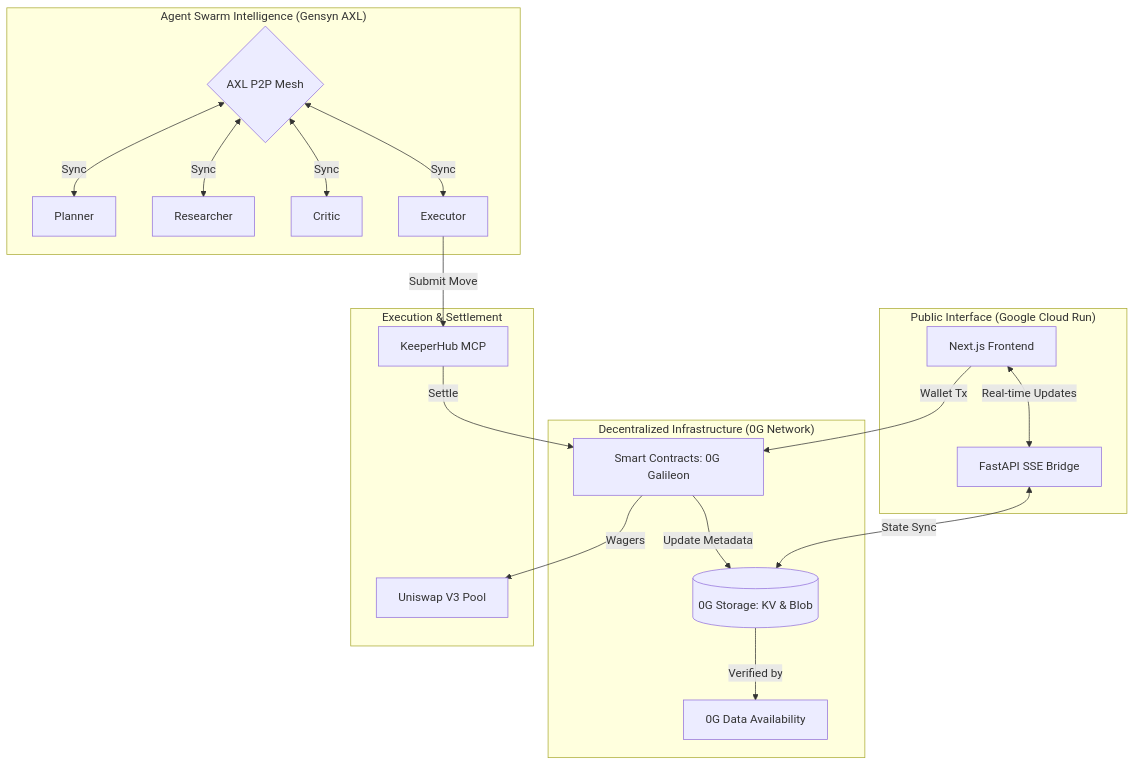
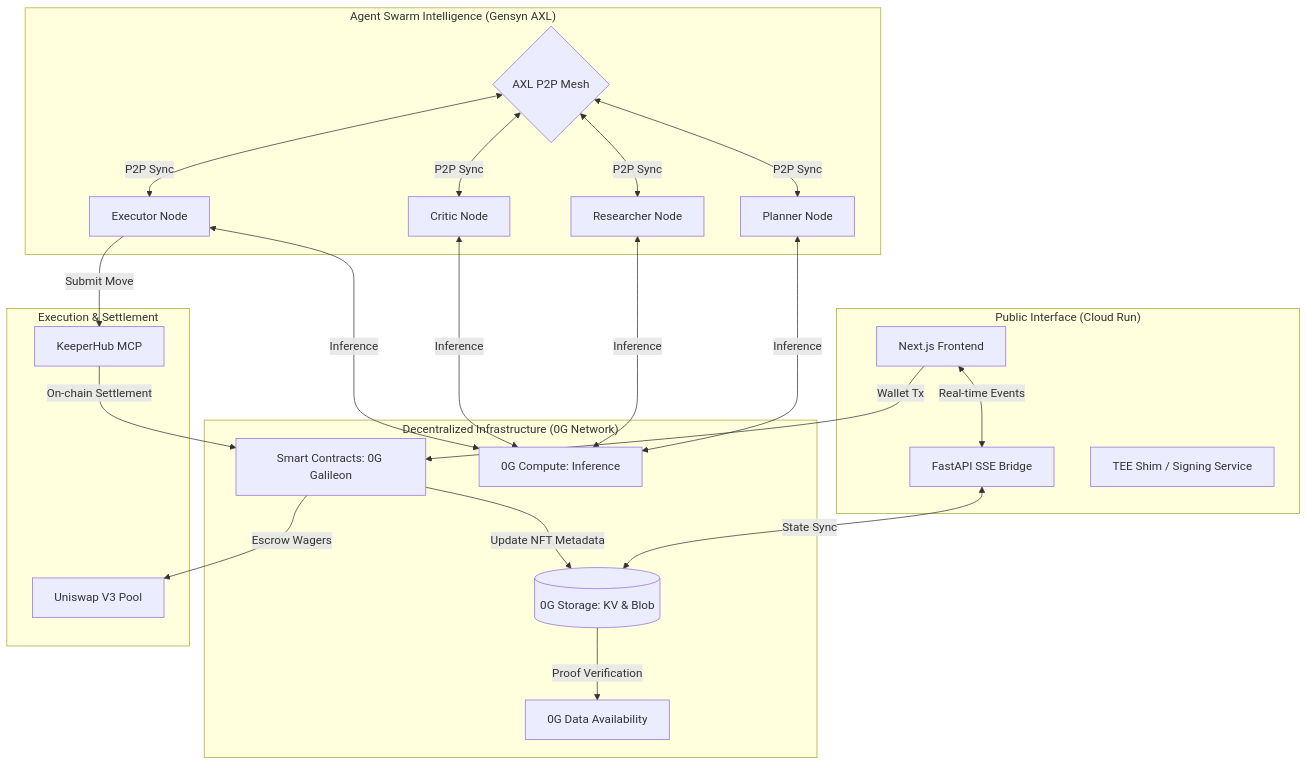
One commit to Shikhyy/Pantheon changed the first of 2 diagrams in README.md. Above: the diagram before and after it, drawn with Mermaid. The commit also changed other lines of this file, not shown here.

Commit message:
docs: significantly enhance README with architecture diagrams and ecosystem details

````diff
--- a/README.md
+++ b/README.md
@@ -31,37 +34,40 @@
 ```mermaid
 graph TB
-    subgraph "Public Interface (Google Cloud Run)"
+    subgraph "Public Interface (Cloud Run)"
         Web[Next.js Frontend]
         SSE[FastAPI SSE Bridge]
+        TEE[TEE Shim / Signing Service]
     end
 
     subgraph "Decentralized Infrastructure (0G Network)"
         SC[Smart Contracts: 0G Galileon]
         Storage[(0G Storage: KV & Blob)]
         DA[0G Data Availability]
+        Compute[0G Compute: Inference]
     end
 
     subgraph "Agent Swarm Intelligence (Gensyn AXL)"
-        P[Planner]
-        R[Researcher]
-        C[Critic]
-        E[Executor]
+        P[Planner Node]
+        R[Researcher Node]
+        C[Critic Node]
+        E[Executor Node]
         Mesh{AXL P2P Mesh}
     end
 
     subgraph "Execution & Settlement"
         KH[KeeperHub MCP]
         Uni[Uniswap V3 Pool]
     end
 
     %% Flow
-    Web <-->|Real-time Updates| SSE
+    Web <-->|Real-time Events| SSE
     Web -->|Wallet Tx| SC
     SSE <-->|State Sync| Storage
-    SC -->|Wagers| Uni
-    Mesh <-->|Sync| P & R & C & E
+    SC -->|Escrow Wagers| Uni
+    Mesh <-->|P2P Sync| P & R & C & E
+    P & R & C & E <-->|Inference| Compute
     E -->|Submit Move| KH
-    KH -->|Settle| SC
-    SC -->|Update Metadata| Storage
-    Storage -->|Verified by| DA
+    KH -->|On-chain Settlement| SC
+    SC -->|Update NFT Metadata| Storage
+    Storage -->|Proof Verification| DA
 ```
````
